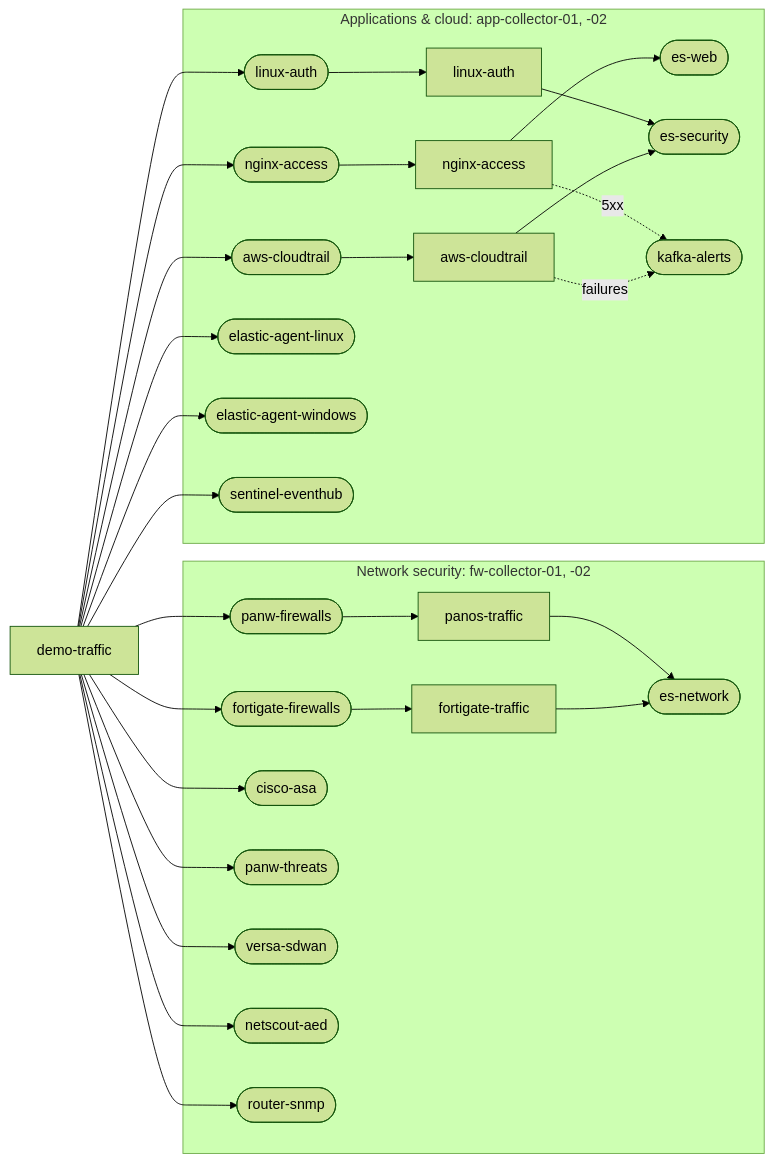
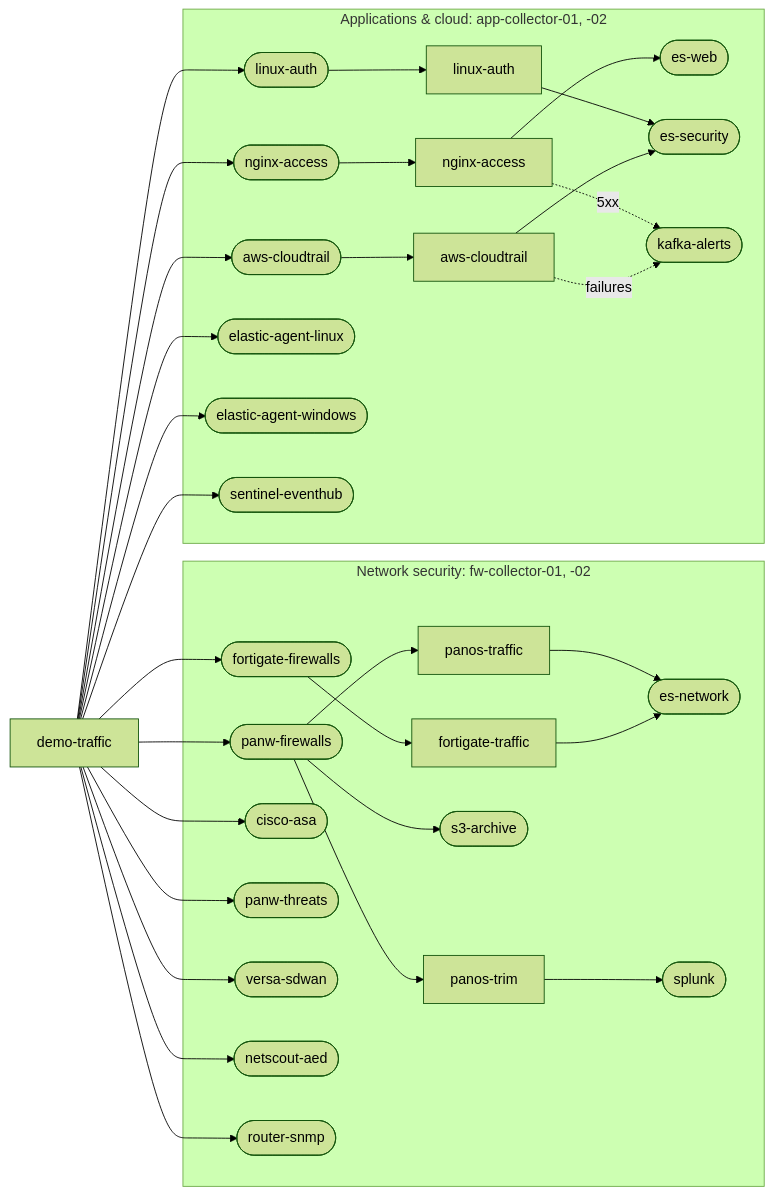
One commit to smeltr-sh/smeltr changed the diagram in tools/screenshots/README.md. Above: the diagram before and after it, drawn with Mermaid (forest theme). The commit also changed other lines of this file and 8 other files, not shown here.

First line of the commit message:
Show on Cut SIEM costs the routes that trim for the SIEM and archive whole

````diff
--- a/tools/screenshots/README.md
+++ b/tools/screenshots/README.md
@@ -18,19 +18,21 @@
 ```mermaid
 graph LR
   gen[demo-traffic] --> pa([panw-firewalls]) & fg([fortigate-firewalls]) & ng([nginx-access]) & au([linux-auth]) & ct([aws-cloudtrail])
   gen --> asa([cisco-asa]) & pt([panw-threats]) & vs([versa-sdwan]) & aed([netscout-aed]) & snmp([router-snmp])
   gen --> eal([elastic-agent-linux]) & eaw([elastic-agent-windows]) & sen([sentinel-eventhub])
   subgraph network [Network security: fw-collector-01, -02]
     pa --> pp[panos-traffic] --> esn([es-network])
+    pa --> pt2[panos-trim] --> spl([splunk])
+    pa --> arc([s3-archive])
     fg --> fp[fortigate-traffic] --> esn
     asa & pt & vs & aed & snmp
   end
   subgraph apps [Applications & cloud: app-collector-01, -02]
     ng --> np[nginx-access] --> esw([es-web])
     au --> ap[linux-auth] --> ess([es-security])
     ct --> cp[aws-cloudtrail] --> ess
     np -. 5xx .-> ka([kafka-alerts])
     cp -. failures .-> ka
     eal & eaw & sen
   end
 ```
````
